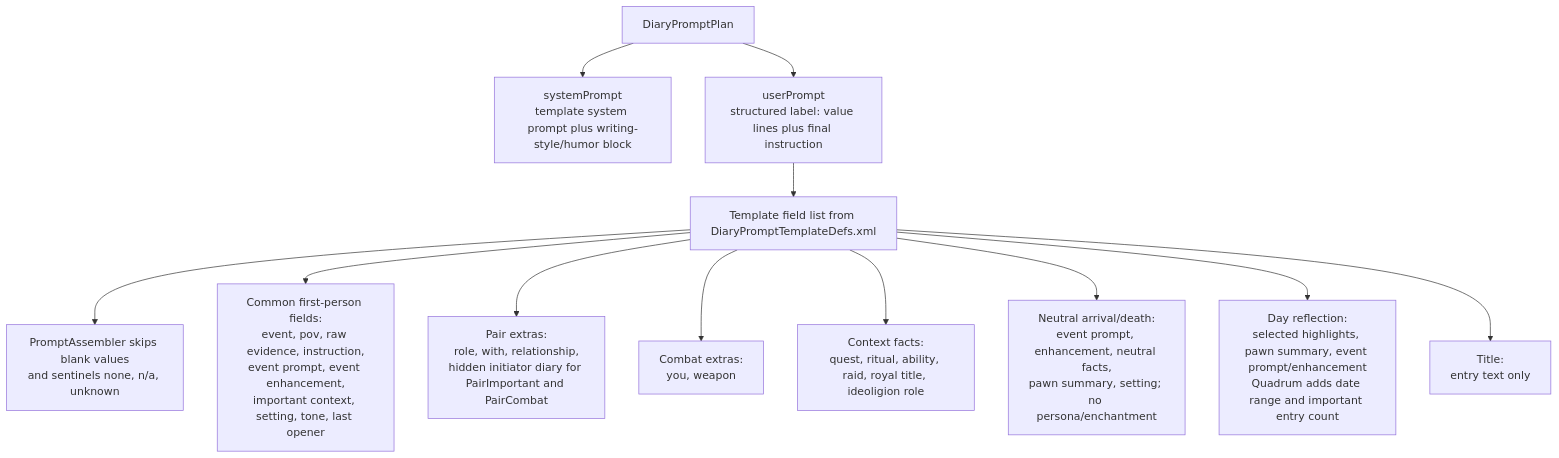
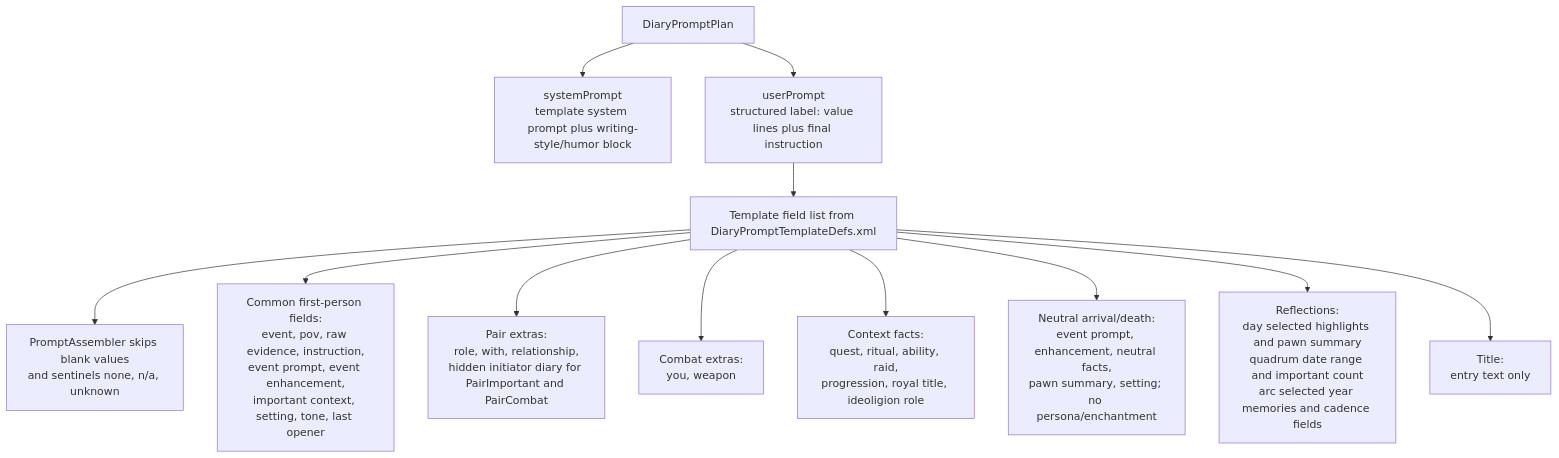
The sixth of 6 diagrams in EVENT_PROMPT_MAP.md (aimmlegate/PawnDiary), drawn with Mermaid before and after one commit. The commit also changed other lines of this file and 43 other files, not shown here.

Commit message:
Implement pawn arc reflections

````diff
--- a/EVENT_PROMPT_MAP.md
+++ b/EVENT_PROMPT_MAP.md
@@ -449,14 +467,14 @@
 ```mermaid
 flowchart TD
     Plan["DiaryPromptPlan"] --> System["systemPrompt<br/>template system prompt plus writing-style/humor block"]
     Plan --> User["userPrompt<br/>structured label: value lines plus final instruction"]
     User --> Fields["Template field list from DiaryPromptTemplateDefs.xml"]
     Fields --> Skip["PromptAssembler skips blank values<br/>and sentinels none, n/a, unknown"]
     Fields --> Common["Common first-person fields:<br/>event, pov, raw evidence, instruction,<br/>event prompt, event enhancement,<br/>important context, setting, tone, last opener"]
     Fields --> PairFields["Pair extras:<br/>role, with, relationship,<br/>hidden initiator diary for PairImportant and PairCombat"]
     Fields --> CombatFields["Combat extras:<br/>you, weapon"]
-    Fields --> SourceFacts["Context facts:<br/>quest, ritual, ability, raid, royal title, ideoligion role"]
+    Fields --> SourceFacts["Context facts:<br/>quest, ritual, ability, raid,<br/>progression, royal title, ideoligion role"]
     Fields --> Boundary["Neutral arrival/death:<br/>event prompt, enhancement, neutral facts,<br/>pawn summary, setting; no persona/enchantment"]
-    Fields --> Reflection["Day reflection:<br/>selected highlights, pawn summary, event prompt/enhancement<br/>Quadrum adds date range and important entry count"]
+    Fields --> Reflection["Reflections:<br/>day selected highlights and pawn summary<br/>quadrum date range and important count<br/>arc selected year memories and cadence fields"]
     Fields --> Title["Title:<br/>entry text only"]
 ```
````
